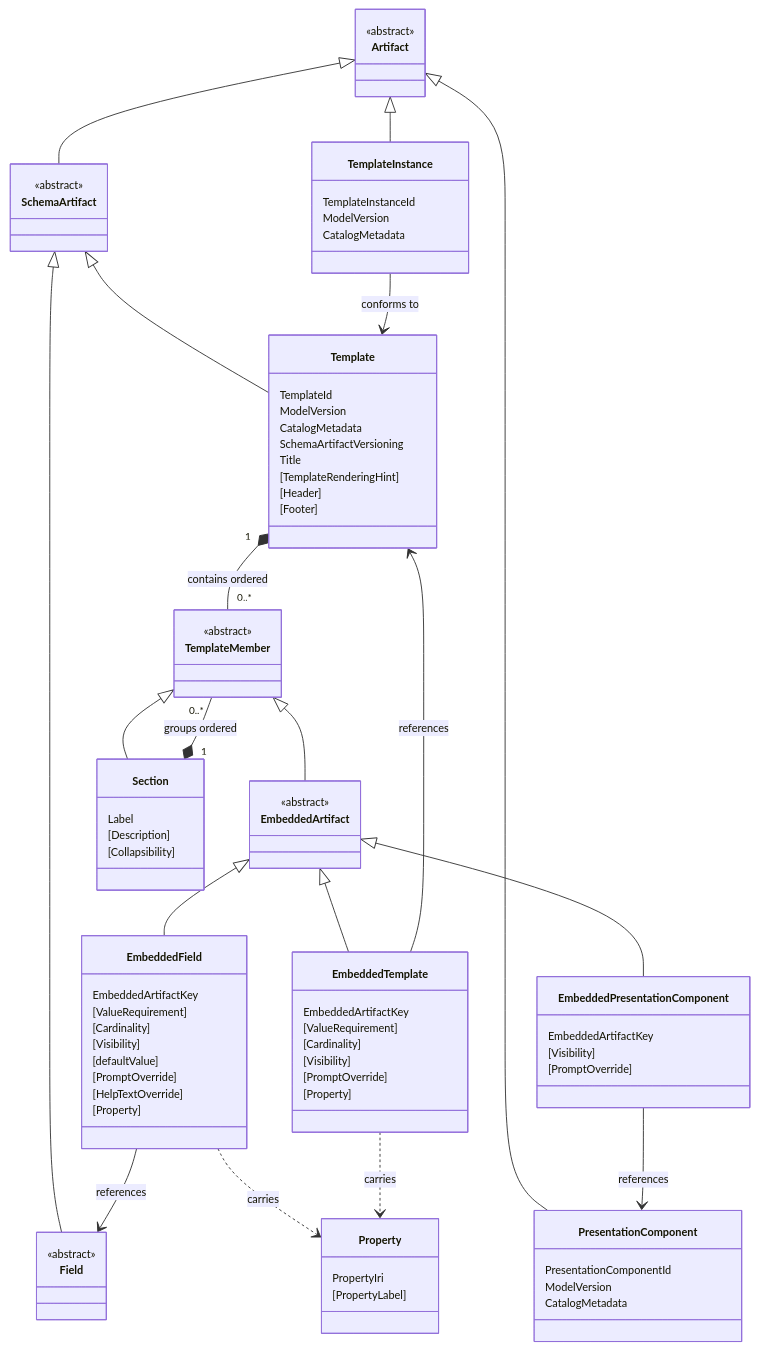
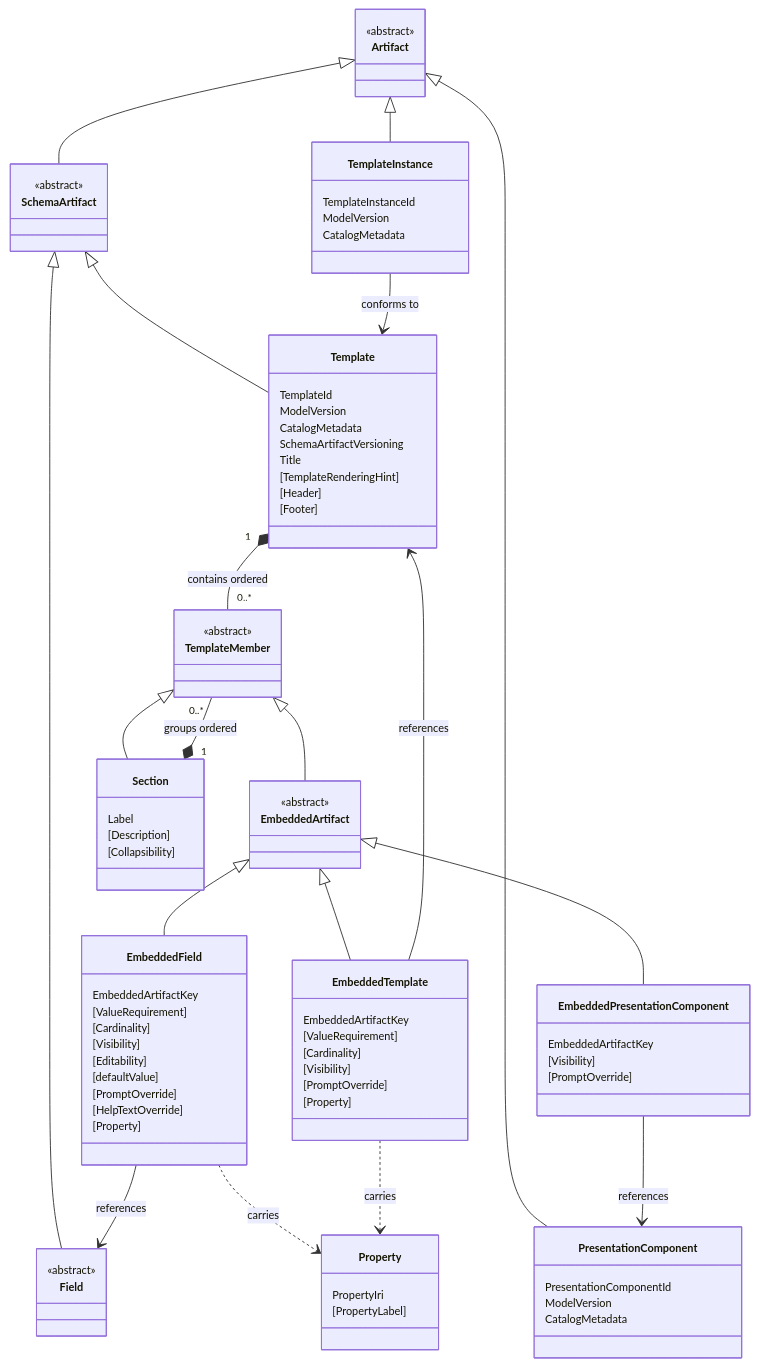
The diagram in spec/grammar.md (metadatacenter/cedar-structural-spec), drawn with Mermaid before and after one commit. The commit also changed other lines of this file and 6 other files, not shown here.

```diff
--- a/spec/grammar.md
+++ b/spec/grammar.md
@@ -155,6 +156,7 @@
     [ValueRequirement]
     [Cardinality]
     [Visibility]
+    [Editability]
     [defaultValue]
     [PromptOverride]
     [HelpTextOverride]
```
